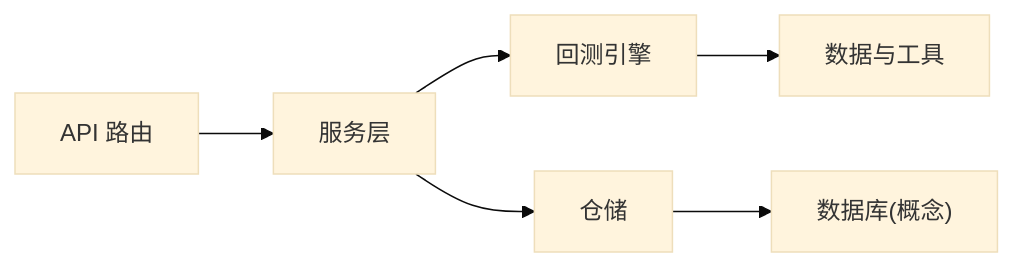
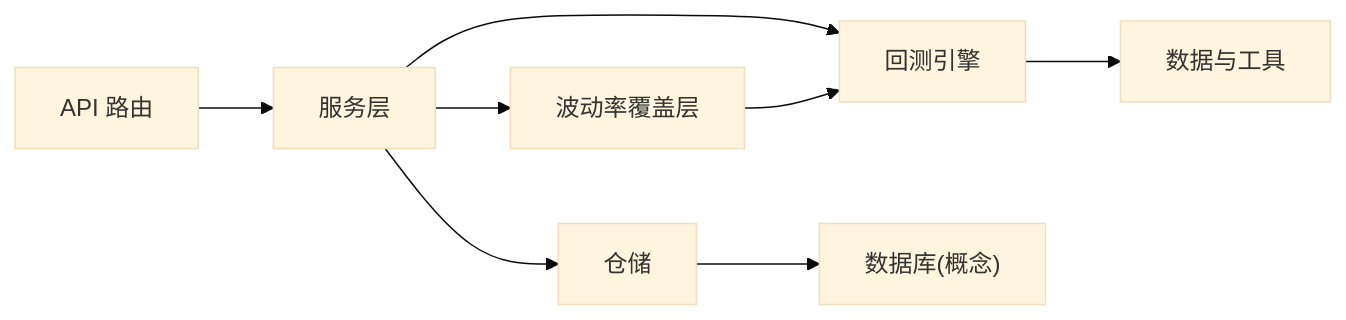
One commit to anYaoooo/daily_stock_analysis changed the eighth of 8 diagrams in .qoder/repowiki/zh/content/交易策略系统/回测引擎/回测引擎.md. Above: the diagram before and after it, drawn with Mermaid (base theme). The commit also changed other lines of this file and 23 other files, not shown here.

````diff
--- a/.qoder/repowiki/zh/content/交易策略系统/回测引擎/回测引擎.md
+++ b/.qoder/repowiki/zh/content/交易策略系统/回测引擎/回测引擎.md
@@ -314,8 +413,10 @@
 ```mermaid
 graph LR
 API["API 路由"] --> SVC["服务层"]
 SVC --> ENG["回测引擎"]
 SVC --> REPO["仓储"]
+SVC --> OVERLAY["波动率覆盖层"]
 ENG --> DATA["数据与工具"]
 REPO --> DB["数据库(概念)"]
+OVERLAY --> ENG
 ```
````
